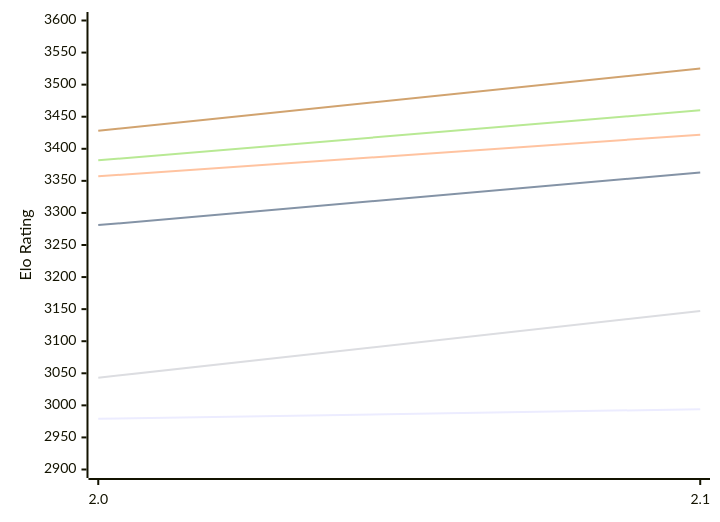
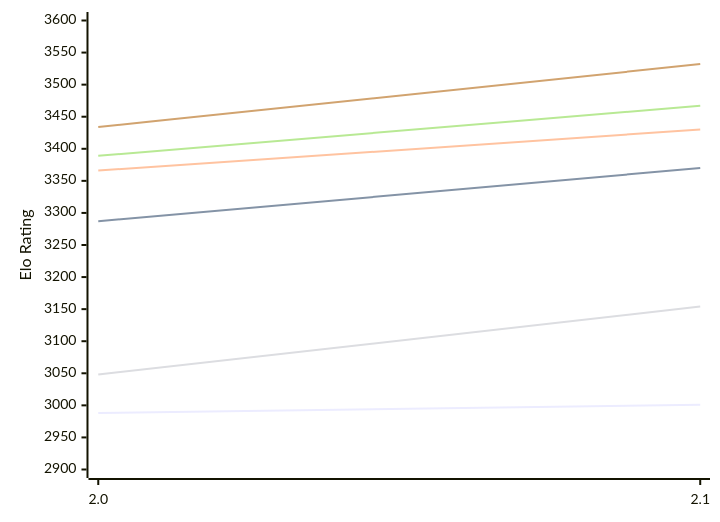
Before and after one commit to computer-chess-index/cci: the first of 2 diagrams in engines/Onslaught.md, drawn with Mermaid. The commit also changed other lines of this file, not shown here.

Commit message:
Update CCI Ratings (ELO VLTC) - 2026-11-03

````diff
--- a/engines/Onslaught.md
+++ b/engines/Onslaught.md
@@ -50,12 +50,12 @@
 ```mermaid
 %%{init: {"theme":"base","themeVariables":{"seriesColors:['#a3a3a3','#222221','#faa371']}}}%%
 xychart-beta
   x-axis ["2.0", "2.1"]
   y-axis "Elo Rating" 2900 --> 3600
-  line "E1: STC (8.0+0.08s)" [2979, 2994]
-  line "E1: LTC (60.0+0.60s)" [3281, 3363]
-  line "E1: VLTC (2m24s+1.12s)" [3357, 3422]
-  line "P1: STC (8.0+0.08s)" [3043, 3147]
-  line "P1: LTC (60.0+0.60s)" [3382, 3460]
-  line "P1: VLTC (2m24s+1.12s)" [3428, 3525]
+  line "E1: STC (8.0+0.08s)" [2988, 3001]
+  line "E1: LTC (60.0+0.60s)" [3287, 3370]
+  line "E1: VLTC (2m24s+1.12s)" [3366, 3430]
+  line "P1: STC (8.0+0.08s)" [3048, 3154]
+  line "P1: LTC (60.0+0.60s)" [3389, 3467]
+  line "P1: VLTC (2m24s+1.12s)" [3434, 3532]
 ```
````
